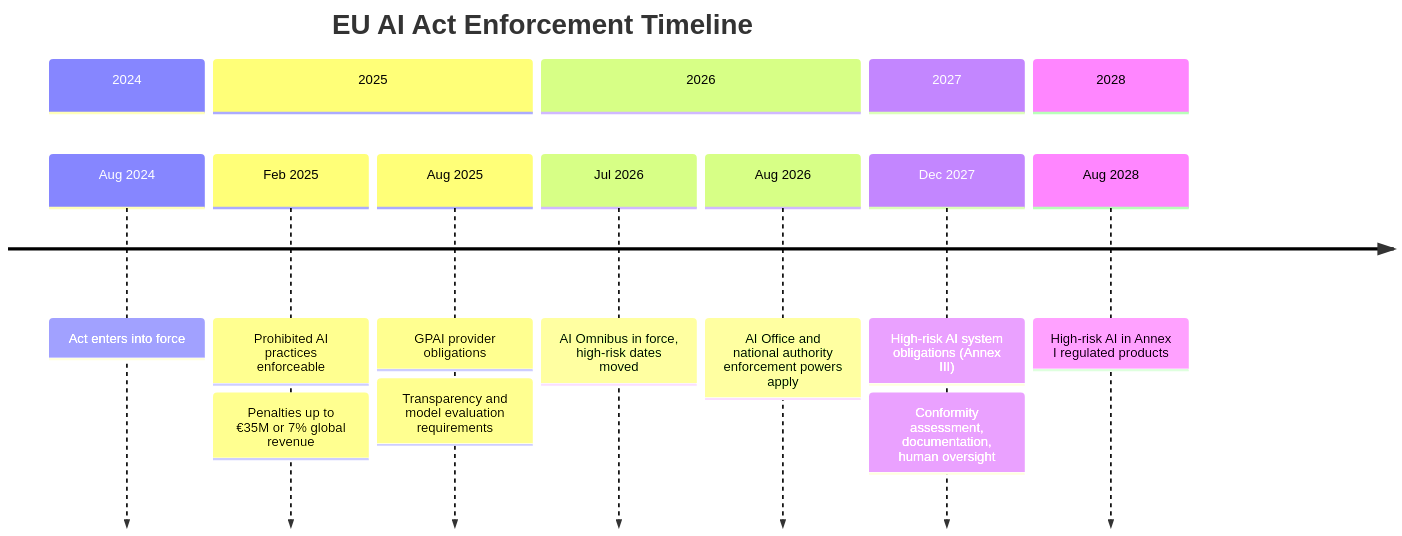
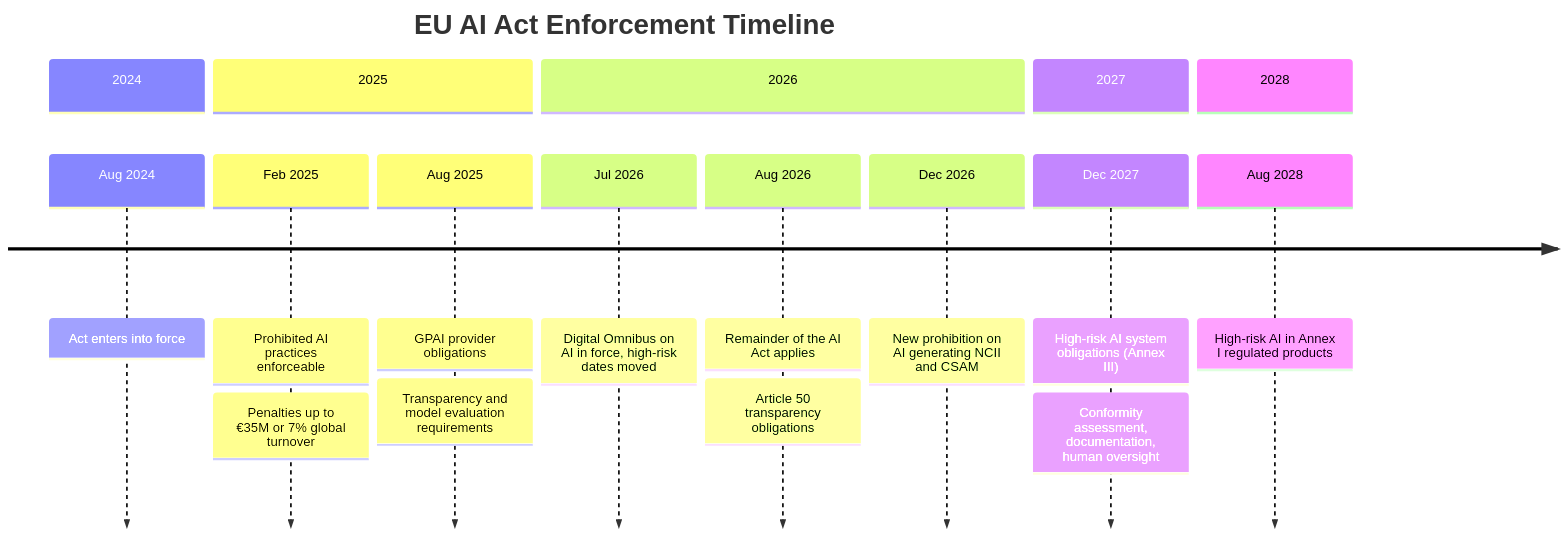
One commit to sunilp/enterprise-ai changed the diagram in content/governance/regulatory-readiness.md. Above: the diagram before and after it, drawn with Mermaid. The commit also changed other lines of this file and 120 other files, not shown here.

````diff
--- a/content/governance/regulatory-readiness.md
+++ b/content/governance/regulatory-readiness.md
@@ -24,19 +24,21 @@
 ```mermaid
 timeline
     title EU AI Act Enforcement Timeline
     section 2024
         Aug 2024 : Act enters into force
     section 2025
         Feb 2025 : Prohibited AI practices enforceable
-                 : Penalties up to €35M or 7% global revenue
+                 : Penalties up to €35M or 7% global turnover
         Aug 2025 : GPAI provider obligations
                  : Transparency and model evaluation requirements
     section 2026
-        Jul 2026 : AI Omnibus in force, high-risk dates moved
-        Aug 2026 : AI Office and national authority enforcement powers apply
+        Jul 2026 : Digital Omnibus on AI in force, high-risk dates moved
+        Aug 2026 : Remainder of the AI Act applies
+                 : Article 50 transparency obligations
+        Dec 2026 : New prohibition on AI generating NCII and CSAM
     section 2027
         Dec 2027 : High-risk AI system obligations (Annex III)
                  : Conformity assessment, documentation, human oversight
     section 2028
         Aug 2028 : High-risk AI in Annex I regulated products
 ```
````
